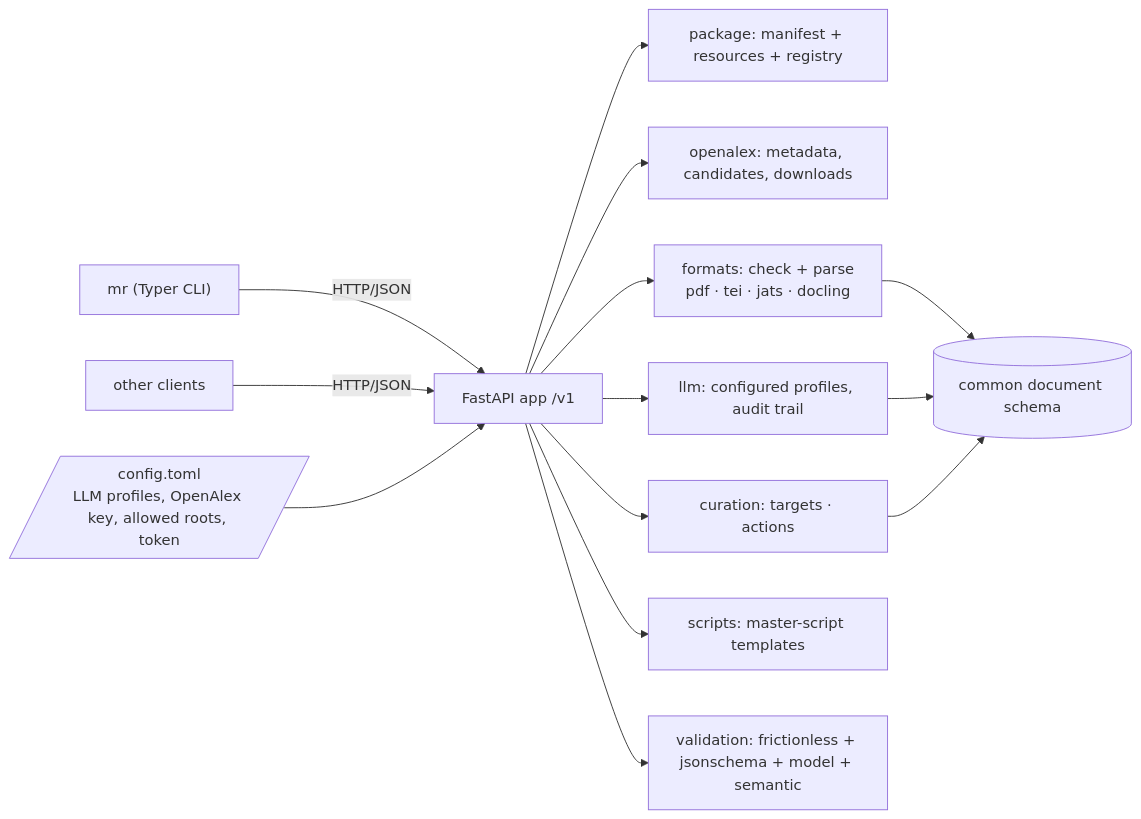
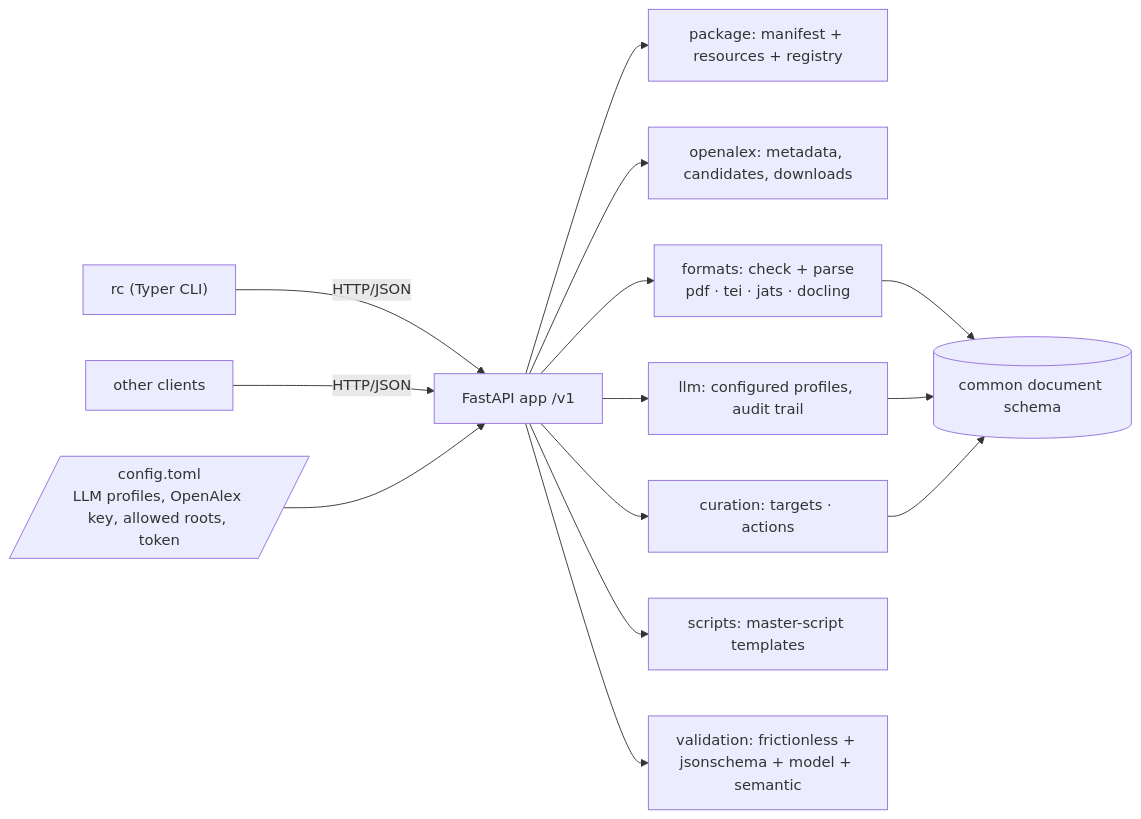
The first of 5 diagrams in docs/design.md (forrtproject/reprocrowd-app), drawn with Mermaid before and after one commit. The commit also changed other lines of this file and 129 other files, not shown here.

````diff
--- a/docs/design.md
+++ b/docs/design.md
@@ -31,16 +31,16 @@
 ```mermaid
 flowchart LR
-  CLI["mr (Typer CLI)"] -- HTTP/JSON --> API["FastAPI app /v1"]
+  CLI["rc (Typer CLI)"] -- HTTP/JSON --> API["FastAPI app /v1"]
   other["other clients"] -- HTTP/JSON --> API
   API --> PKG["package: manifest + resources + registry"]
   API --> OA["openalex: metadata, candidates, downloads"]
   API --> FMT["formats: check + parse<br/>pdf · tei · jats · docling"]
   API --> LLM["llm: configured profiles, audit trail"]
   API --> CUR["curation: targets · actions"]
   API --> TPL["scripts: master-script templates"]
   API --> VAL["validation: frictionless + jsonschema + model + semantic"]
   FMT --> DOC[("common document schema")]
   LLM --> DOC
   CUR --> DOC
   CFG[/"config.toml<br/>LLM profiles, OpenAlex key, allowed roots, token"/] --> API
 ```
````
